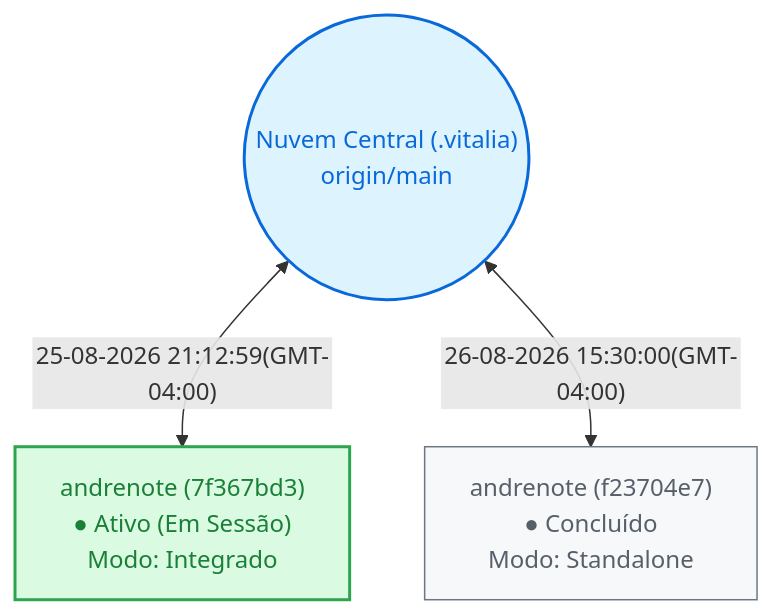
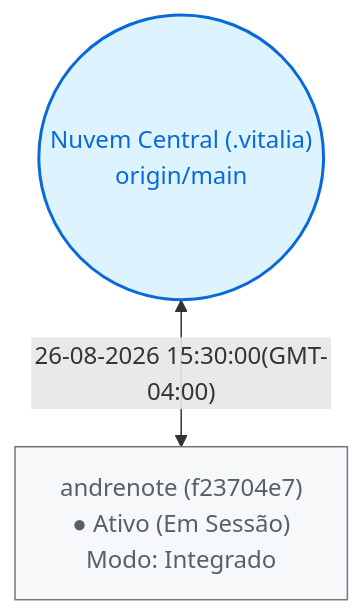
The diagram in README.md (vitalia-platform/agente-local-context), drawn with Mermaid before and after one commit. The commit also changed other lines of this file and 6 other files, not shown here.

````diff
--- a/README.md
+++ b/README.md
@@ -20,14 +20,11 @@
 ```mermaid
 flowchart TD
   Cloud(("Nuvem Central (.vitalia)<br/>origin/main"))
-  M_7f367bd3["andrenote (7f367bd3)<br/>● Ativo (Em Sessão)<br/>Modo: Integrado"]
-  M_f23704e7["andrenote (f23704e7)<br/>● Concluído<br/>Modo: Standalone"]
+  M_f23704e7["andrenote (f23704e7)<br/>● Ativo (Em Sessão)<br/>Modo: Integrado"]
 
-  Cloud <-->|"25-08-2026 21:12:59(GMT-04:00)"| M_7f367bd3
   Cloud <-->|"26-08-2026 15:30:00(GMT-04:00)"| M_f23704e7
 
   style Cloud stroke:#0969da,stroke-width:2px,fill:#ddf4ff,color:#0969da
-  style M_7f367bd3 stroke:#2ea44f,stroke-width:2px,fill:#dafbe1,color:#1a7f37
   style M_f23704e7 stroke:#6e7781,stroke-width:1px,fill:#f6f8fa,color:#57606a
 
 ```
````
